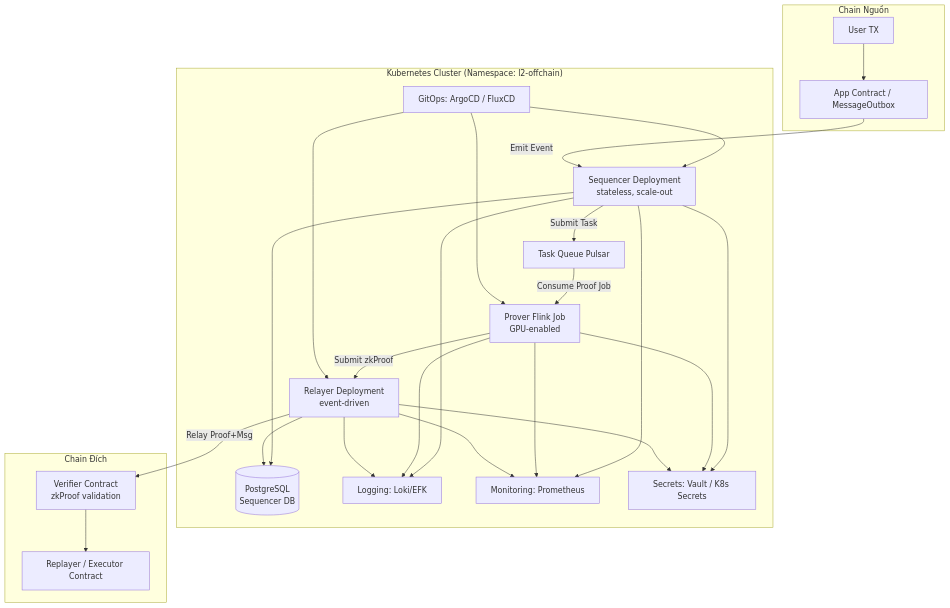
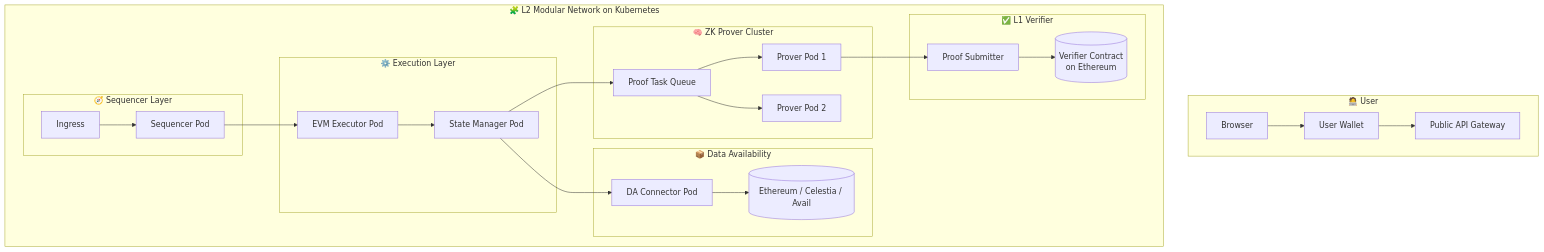
The diagram in docs/kien truc thu muc/zkchain/k8s modular.md (trantuan-vn/utility), drawn with Mermaid before and after one commit. The commit also changed 59 other files, not shown here.

```diff
--- a/docs/kien truc thu muc/zkchain/k8s modular.md
+++ b/docs/kien truc thu muc/zkchain/k8s modular.md
@@ -1,60 +1,34 @@
 ::: mermaid
-flowchart TD
-    subgraph K8sCluster["Kubernetes Cluster (Namespace: l2-offchain)"]
-    
-        %% Core components
-        S1[Sequencer Deployment<br>stateless, scale-out]
-        P1[Prover Flink Job<br>GPU-enabled]
-        R1[Relayer Deployment<br>event-driven]
-        Q1[Task Queue Pulsar]
-        DB1[(PostgreSQL<br>Sequencer DB)]
-
-        %% Infra + Observability
-        LOG1[Logging: Loki/EFK]
-        MON1[Monitoring: Prometheus]
-        SEC1[Secrets: Vault / K8s Secrets]
-        CD1[GitOps: ArgoCD / FluxCD]
-
-        %% Connections
-        S1 -->|Submit Task| Q1
-        Q1 -->|Consume Proof Job| P1
-        P1 -->|Submit zkProof| R1
-        
-
-        S1 --> DB1
-        R1 --> DB1
-
-        S1 --> MON1
-        P1 --> MON1
-        R1 --> MON1
-
-        S1 --> LOG1
-        P1 --> LOG1
-        R1 --> LOG1
-
-        S1 --> SEC1
-        P1 --> SEC1
-        R1 --> SEC1
-
-        CD1 --> S1
-        CD1 --> P1
-        CD1 --> R1
+flowchart TB
+    subgraph UserSide["🧑‍💻 User"]
+        Browser --> Wallet[User Wallet]
+        Wallet --> L2API[Public API Gateway]
     end
 
-    %% External Chains
-    subgraph ChainNguon["Chain Nguồn"]
-        UserTX[User TX]
-        SourceContract[App Contract / MessageOutbox]
+    subgraph k8sCluster["🧩 L2 Modular Network on Kubernetes"]
+        subgraph Sequencing["🧭 Sequencer Layer"]
+            Ingress --> SequencerPod[Sequencer Pod]
+        end
+
+        subgraph Execution["⚙️ Execution Layer"]
+            SequencerPod --> ExecEngine[EVM Executor Pod]
+            ExecEngine --> StateKeeper[State Manager Pod]
+        end
+
+        subgraph ZK["🧠 ZK Prover Cluster"]
+            StateKeeper --> ProofQueue[Proof Task Queue]
+            ProofQueue --> Prover1[Prover Pod 1]
+            ProofQueue --> Prover2[Prover Pod 2]
+        end
+
+        subgraph DA["📦 Data Availability"]
+            StateKeeper --> DAConnector[DA Connector Pod]
+            DAConnector --> EthereumDA[(Ethereum / Celestia / Avail)]
+        end
+
+        subgraph Settlement["✅ L1 Verifier"]
+            Prover1 --> ProofSubmitter[Proof Submitter]
+            ProofSubmitter --> VerifierContract[(Verifier Contract<br>on Ethereum)]
+        end
     end
-
-    subgraph ChainDich["Chain Đích"]
-        VerifierContract[Verifier Contract<br>zkProof validation]
-        Executor[Replayer / Executor Contract]
-    end
-
-    %% Cross-chain flow
-    UserTX --> SourceContract
-    SourceContract -->|Emit Event| S1
-    R1 -->|Relay Proof+Msg| VerifierContract
-    VerifierContract --> Executor
 :::
```
